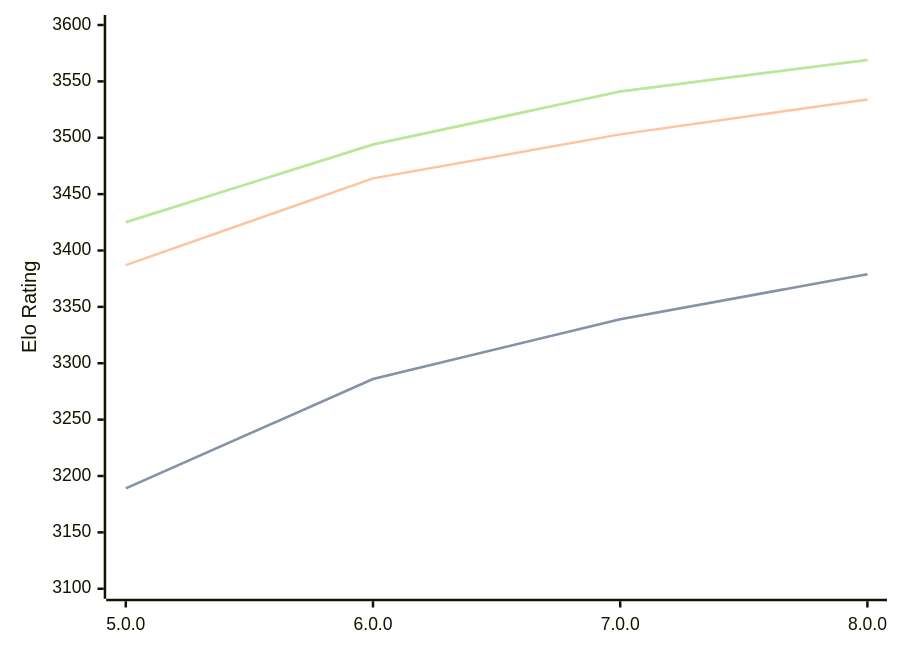
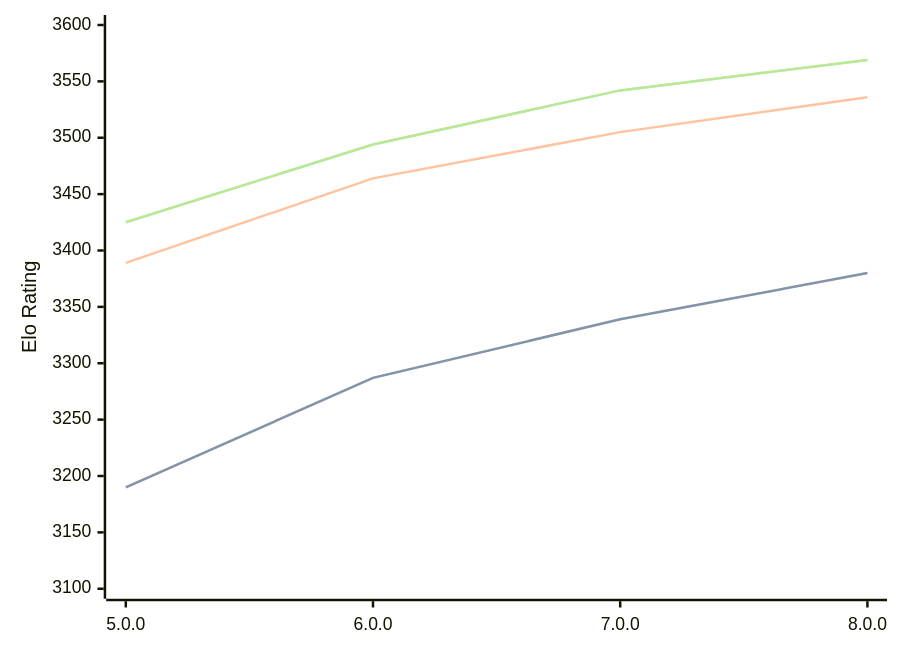
Before and after one commit to computer-chess-index/cci: the diagram in engines/Stormphrax.md, drawn with Mermaid. The commit also changed other lines of this file, not shown here.

Commit message:
Update CCI Ratings (ELO VLTC) - 2026-08-05

````diff
--- a/engines/Stormphrax.md
+++ b/engines/Stormphrax.md
@@ -39,11 +39,11 @@
 ```mermaid
 %%{init: {"theme":"base","themeVariables":{"seriesColors:['#a3a3a3','#222221','#faa371']}}}%%
 xychart-beta
   x-axis ["5.0.0", "6.0.0", "7.0.0", "8.0.0"]
   y-axis "Elo Rating" 3100 --> 3600
-  line "STC (8.0+0.08s)" [3189, 3286, 3339, 3379]
-  line "STC (8.0+0.08s)" [3189, 3286, 3339, 3379]
-  line "LTC (60.0+0.60s)" [3387, 3464, 3503, 3534]
-  line "VLTC (2m24s+1.12s)" [3425, 3494, 3541, 3569]
-  line "VLTC (2m24s+1.12s)" [3425, 3494, 3541, 3569]
+  line "STC (8.0+0.08s)" [3190, 3287, 3339, 3380]
+  line "STC (8.0+0.08s)" [3190, 3287, 3339, 3380]
+  line "LTC (60.0+0.60s)" [3389, 3464, 3505, 3536]
+  line "VLTC (2m24s+1.12s)" [3425, 3494, 3542, 3569]
+  line "VLTC (2m24s+1.12s)" [3425, 3494, 3542, 3569]
 ```
````
